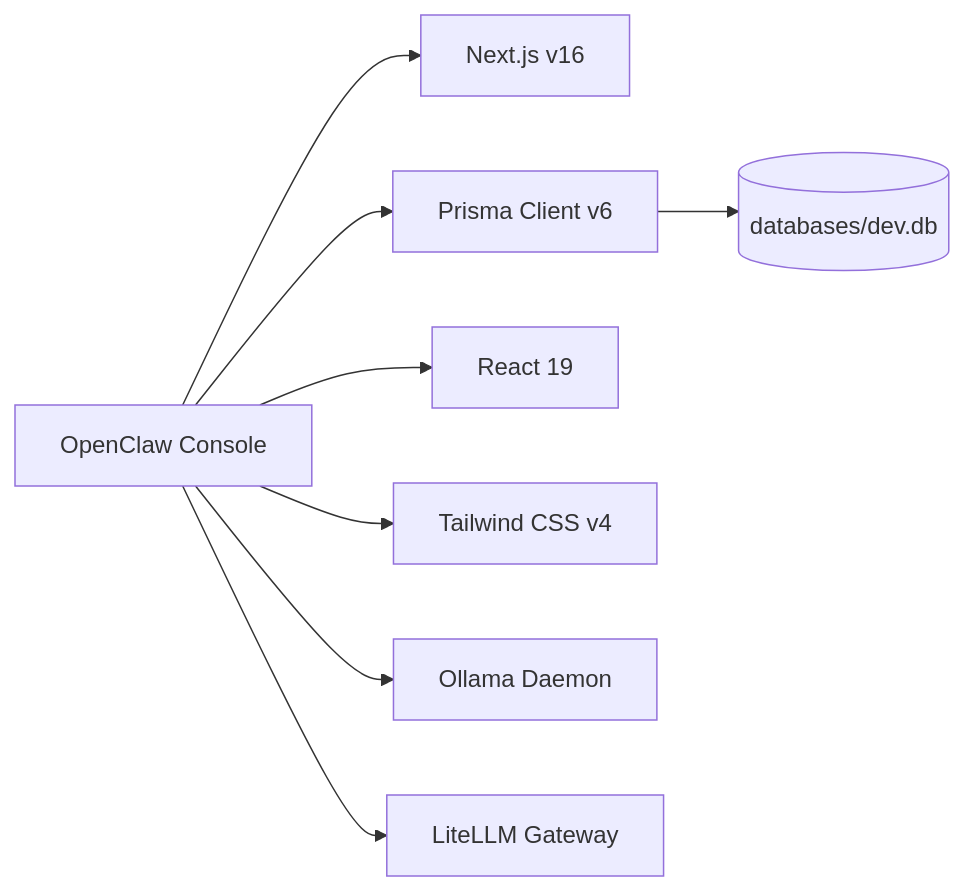
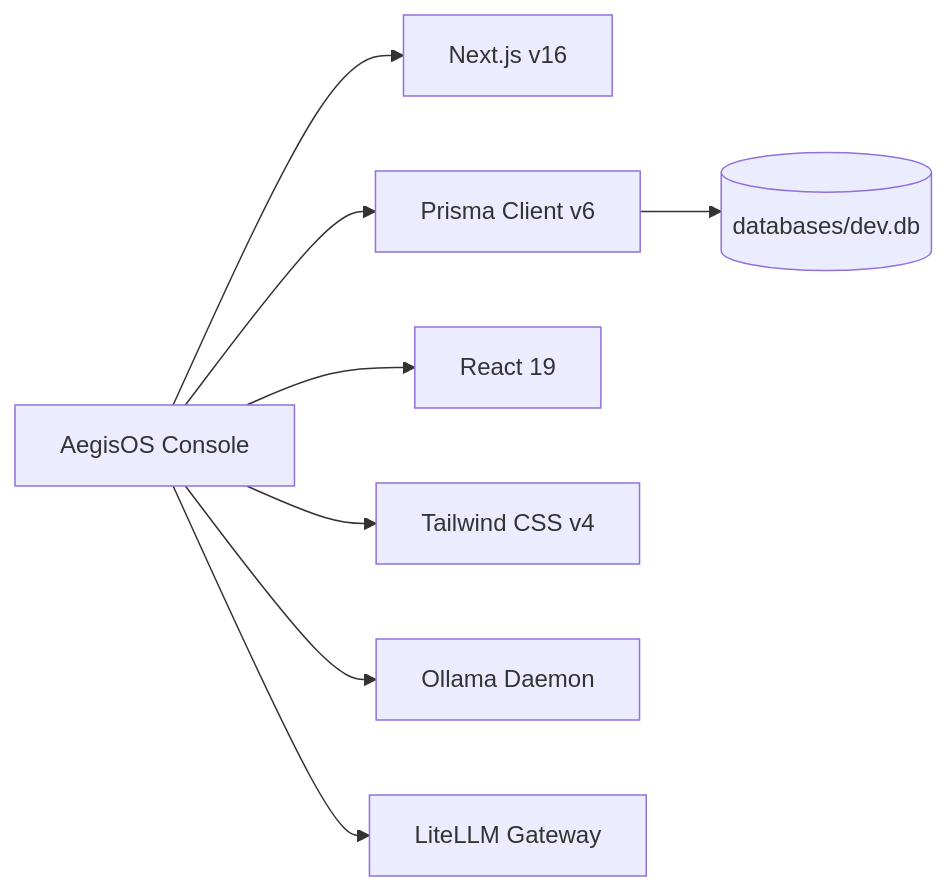
Before and after one commit to rjmad1/AegisOS: the second of 3 diagrams in docs/enterprise/10_repository_knowledge_map.md, drawn with Mermaid. The commit also changed other lines of this file and 303 other files, not shown here.

Commit message:
refactor(branding): rename OpenClaw to AegisOS

````diff
--- a/docs/enterprise/10_repository_knowledge_map.md
+++ b/docs/enterprise/10_repository_knowledge_map.md
@@ -84,11 +84,11 @@
 ```mermaid
 graph LR
-    App[OpenClaw Console] --> Next[Next.js v16]
+    App[AegisOS Console] --> Next[Next.js v16]
     App --> Prisma[Prisma Client v6]
     App --> React[React 19]
     App --> Tailwind[Tailwind CSS v4]
 
     Prisma --> SQLite[(databases/dev.db)]
     App --> Ollama[Ollama Daemon]
     App --> LiteLLM[LiteLLM Gateway]
 ```
````
